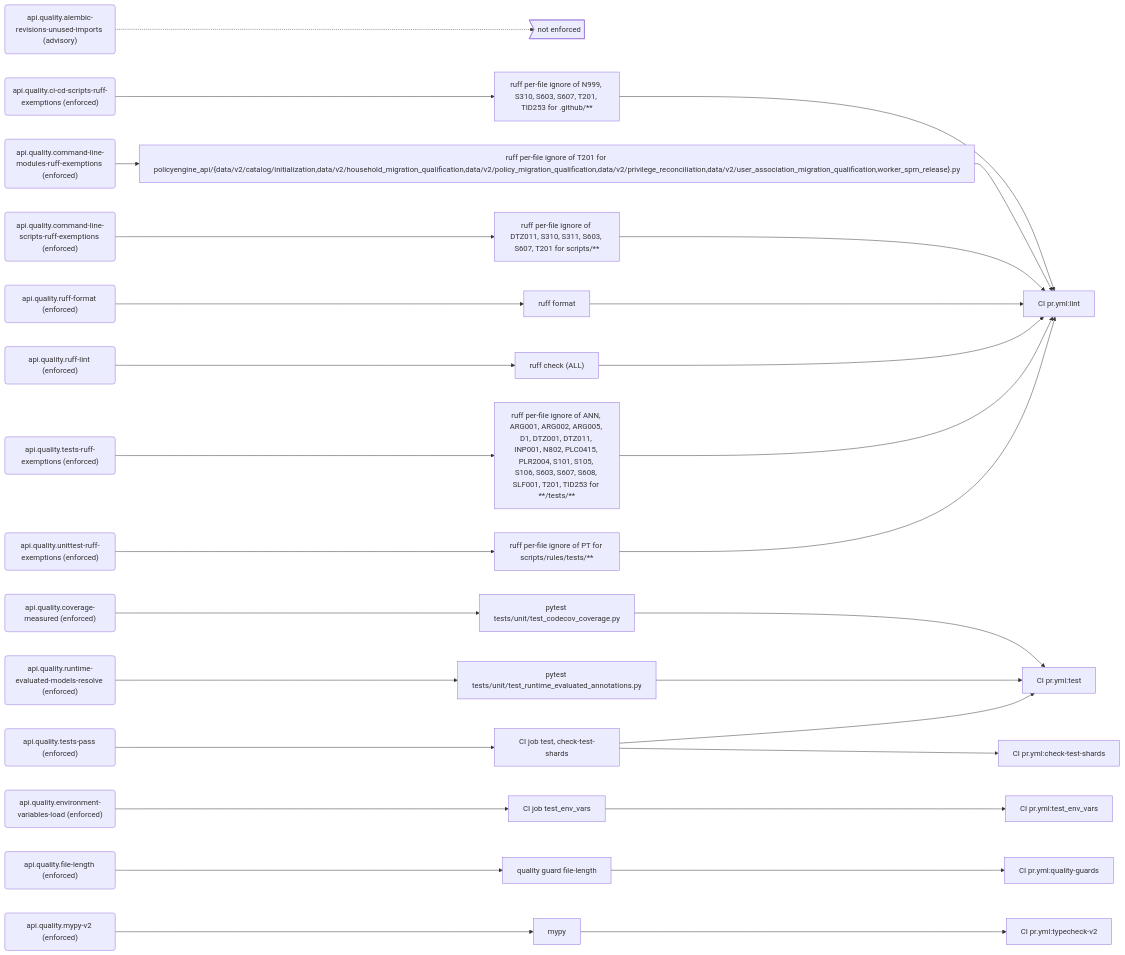
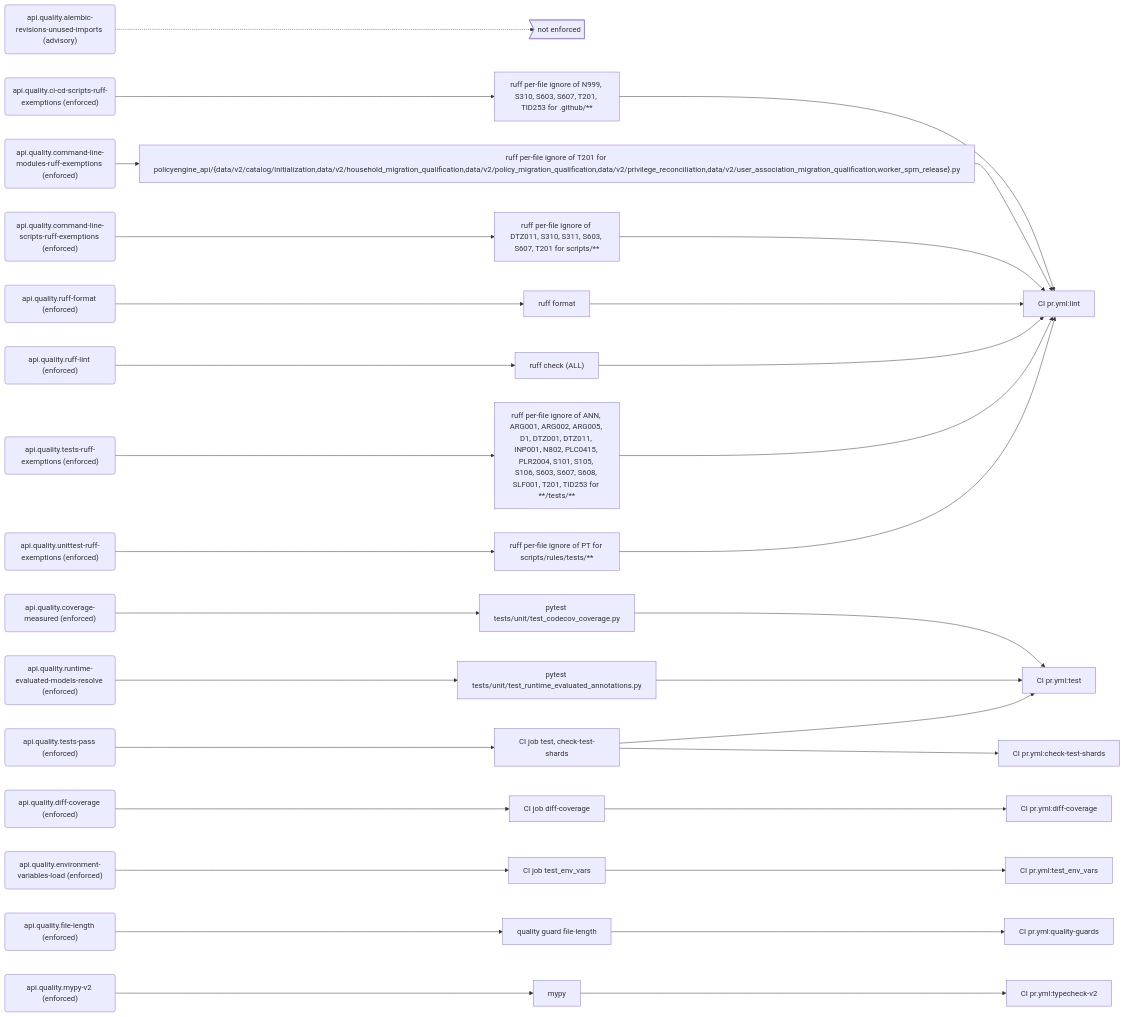
The seventh of 11 diagrams in docs/generated/rules.md (PolicyEngine/policyengine-api), drawn with Mermaid before and after one commit. The commit also changed other lines of this file and 8 other files, not shown here.

````diff
--- a/docs/generated/rules.md
+++ b/docs/generated/rules.md
@@ -370,65 +371,70 @@
 ```mermaid
 flowchart LR
   r_api_quality_alembic_revisions_unused_imports("api.quality.alembic-revisions-unused-imports (advisory)")
   gap_unenforced>"not enforced"]
   r_api_quality_ci_cd_scripts_ruff_exemptions("api.quality.ci-cd-scripts-ruff-exemptions (enforced)")
   e_ruff_per_file_ignore_of_N999__S310__S603__S607__T201__TID253_for__github___["ruff per-file ignore of N999, S310, S603, S607, T201, TID253 for .github/**"]
   j_CI_pr_yml_lint["CI pr.yml:lint"]
   r_api_quality_command_line_modules_ruff_exemptions("api.quality.command-line-modules-ruff-exemptions (enforced)")
   e_ruff_per_file_ignore_of_T201_for_policyengine_api__data_v2_catalog_initialization_data_v2_household_migration_qualification_data_v2_policy_migration_qualification_data_v2_privilege_reconciliation_data_v2_user_association_migration_qualification_worker_spm_release__py["ruff per-file ignore of T201 for policyengine_api/{data/v2/catalog/initialization,data/v2/household_migration_qualification,data/v2/policy_migration_qualification,data/v2/privilege_reconciliation,data/v2/user_association_migration_qualification,worker_spm_release}.py"]
   r_api_quality_command_line_scripts_ruff_exemptions("api.quality.command-line-scripts-ruff-exemptions (enforced)")
   e_ruff_per_file_ignore_of_DTZ011__S310__S311__S603__S607__T201_for_scripts___["ruff per-file ignore of DTZ011, S310, S311, S603, S607, T201 for scripts/**"]
   r_api_quality_coverage_measured("api.quality.coverage-measured (enforced)")
   e_pytest_tests_unit_test_codecov_coverage_py["pytest tests/unit/test_codecov_coverage.py"]
   j_CI_pr_yml_test["CI pr.yml:test"]
+  r_api_quality_diff_coverage("api.quality.diff-coverage (enforced)")
+  e_CI_job_diff_coverage["CI job diff-coverage"]
+  j_CI_pr_yml_diff_coverage["CI pr.yml:diff-coverage"]
   r_api_quality_environment_variables_load("api.quality.environment-variables-load (enforced)")
   e_CI_job_test_env_vars["CI job test_env_vars"]
   j_CI_pr_yml_test_env_vars["CI pr.yml:test_env_vars"]
   r_api_quality_file_length("api.quality.file-length (enforced)")
   e_quality_guard_file_length["quality guard file-length"]
   j_CI_pr_yml_quality_guards["CI pr.yml:quality-guards"]
   r_api_quality_mypy_v2("api.quality.mypy-v2 (enforced)")
   e_mypy["mypy"]
   j_CI_pr_yml_typecheck_v2["CI pr.yml:typecheck-v2"]
   r_api_quality_ruff_format("api.quality.ruff-format (enforced)")
   e_ruff_format["ruff format"]
   r_api_quality_ruff_lint("api.quality.ruff-lint (enforced)")
   e_ruff_check__ALL_["ruff check (ALL)"]
   r_api_quality_runtime_evaluated_models_resolve("api.quality.runtime-evaluated-models-resolve (enforced)")
   e_pytest_tests_unit_test_runtime_evaluated_annotations_py["pytest tests/unit/test_runtime_evaluated_annotations.py"]
   r_api_quality_tests_pass("api.quality.tests-pass (enforced)")
   e_CI_job_test__check_test_shards["CI job test, check-test-shards"]
   j_CI_pr_yml_check_test_shards["CI pr.yml:check-test-shards"]
   r_api_quality_tests_ruff_exemptions("api.quality.tests-ruff-exemptions (enforced)")
   e_ruff_per_file_ignore_of_ANN__ARG001__ARG002__ARG005__D1__DTZ001__DTZ011__INP001__N802__PLC0415__PLR2004__S101__S105__S106__S603__S607__S608__SLF001__T201__TID253_for____tests___["ruff per-file ignore of ANN, ARG001, ARG002, ARG005, D1, DTZ001, DTZ011, INP001, N802, PLC0415, PLR2004, S101, S105, S106, S603, S607, S608, SLF001, T201, TID253 for **/tests/**"]
   r_api_quality_unittest_ruff_exemptions("api.quality.unittest-ruff-exemptions (enforced)")
   e_ruff_per_file_ignore_of_PT_for_scripts_rules_tests___["ruff per-file ignore of PT for scripts/rules/tests/**"]
   r_api_quality_alembic_revisions_unused_imports -.-> gap_unenforced
   r_api_quality_ci_cd_scripts_ruff_exemptions --> e_ruff_per_file_ignore_of_N999__S310__S603__S607__T201__TID253_for__github___
   e_ruff_per_file_ignore_of_N999__S310__S603__S607__T201__TID253_for__github___ --> j_CI_pr_yml_lint
   r_api_quality_command_line_modules_ruff_exemptions --> e_ruff_per_file_ignore_of_T201_for_policyengine_api__data_v2_catalog_initialization_data_v2_household_migration_qualification_data_v2_policy_migration_qualification_data_v2_privilege_reconciliation_data_v2_user_association_migration_qualification_worker_spm_release__py
   e_ruff_per_file_ignore_of_T201_for_policyengine_api__data_v2_catalog_initialization_data_v2_household_migration_qualification_data_v2_policy_migration_qualification_data_v2_privilege_reconciliation_data_v2_user_association_migration_qualification_worker_spm_release__py --> j_CI_pr_yml_lint
   r_api_quality_command_line_scripts_ruff_exemptions --> e_ruff_per_file_ignore_of_DTZ011__S310__S311__S603__S607__T201_for_scripts___
   e_ruff_per_file_ignore_of_DTZ011__S310__S311__S603__S607__T201_for_scripts___ --> j_CI_pr_yml_lint
   r_api_quality_coverage_measured --> e_pytest_tests_unit_test_codecov_coverage_py
   e_pytest_tests_unit_test_codecov_coverage_py --> j_CI_pr_yml_test
+  r_api_quality_diff_coverage --> e_CI_job_diff_coverage
+  e_CI_job_diff_coverage --> j_CI_pr_yml_diff_coverage
   r_api_quality_environment_variables_load --> e_CI_job_test_env_vars
   e_CI_job_test_env_vars --> j_CI_pr_yml_test_env_vars
   r_api_quality_file_length --> e_quality_guard_file_length
   e_quality_guard_file_length --> j_CI_pr_yml_quality_guards
   r_api_quality_mypy_v2 --> e_mypy
   e_mypy --> j_CI_pr_yml_typecheck_v2
   r_api_quality_ruff_format --> e_ruff_format
   e_ruff_format --> j_CI_pr_yml_lint
   r_api_quality_ruff_lint --> e_ruff_check__ALL_
   e_ruff_check__ALL_ --> j_CI_pr_yml_lint
   r_api_quality_runtime_evaluated_models_resolve --> e_pytest_tests_unit_test_runtime_evaluated_annotations_py
   e_pytest_tests_unit_test_runtime_evaluated_annotations_py --> j_CI_pr_yml_test
   r_api_quality_tests_pass --> e_CI_job_test__check_test_shards
   e_CI_job_test__check_test_shards --> j_CI_pr_yml_test
   e_CI_job_test__check_test_shards --> j_CI_pr_yml_check_test_shards
   r_api_quality_tests_ruff_exemptions --> e_ruff_per_file_ignore_of_ANN__ARG001__ARG002__ARG005__D1__DTZ001__DTZ011__INP001__N802__PLC0415__PLR2004__S101__S105__S106__S603__S607__S608__SLF001__T201__TID253_for____tests___
   e_ruff_per_file_ignore_of_ANN__ARG001__ARG002__ARG005__D1__DTZ001__DTZ011__INP001__N802__PLC0415__PLR2004__S101__S105__S106__S603__S607__S608__SLF001__T201__TID253_for____tests___ --> j_CI_pr_yml_lint
   r_api_quality_unittest_ruff_exemptions --> e_ruff_per_file_ignore_of_PT_for_scripts_rules_tests___
   e_ruff_per_file_ignore_of_PT_for_scripts_rules_tests___ --> j_CI_pr_yml_lint
 ```
````
